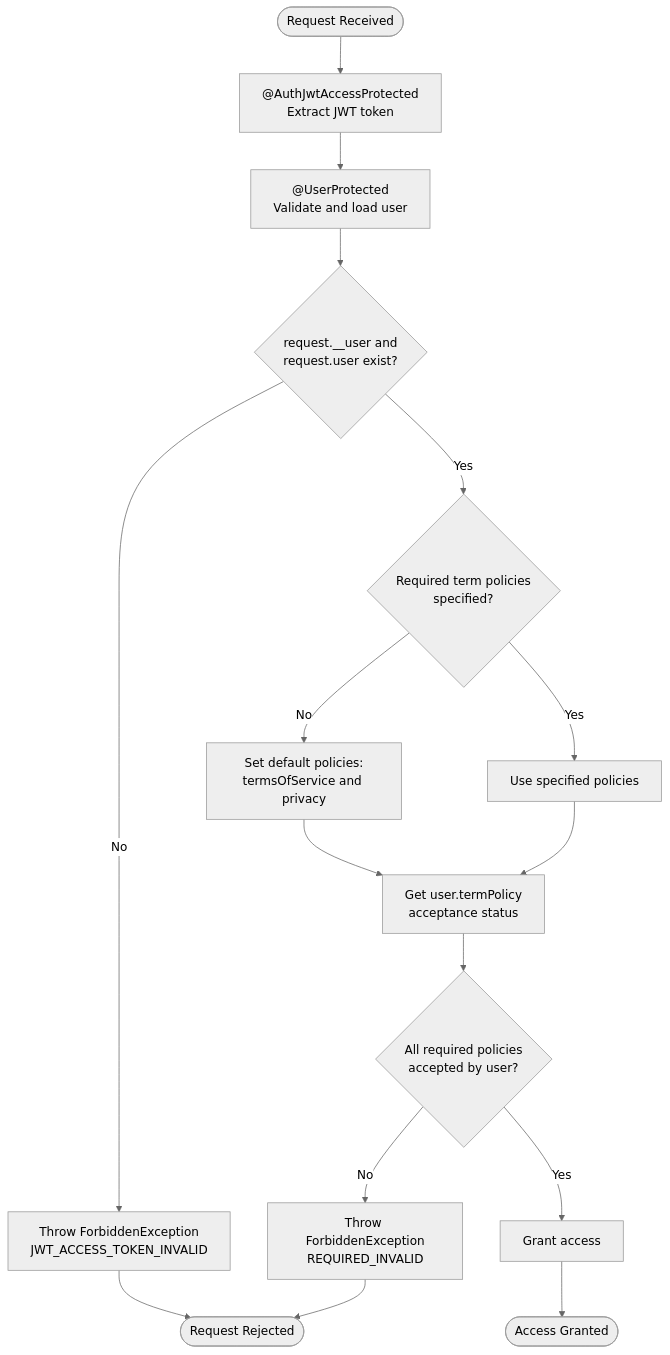
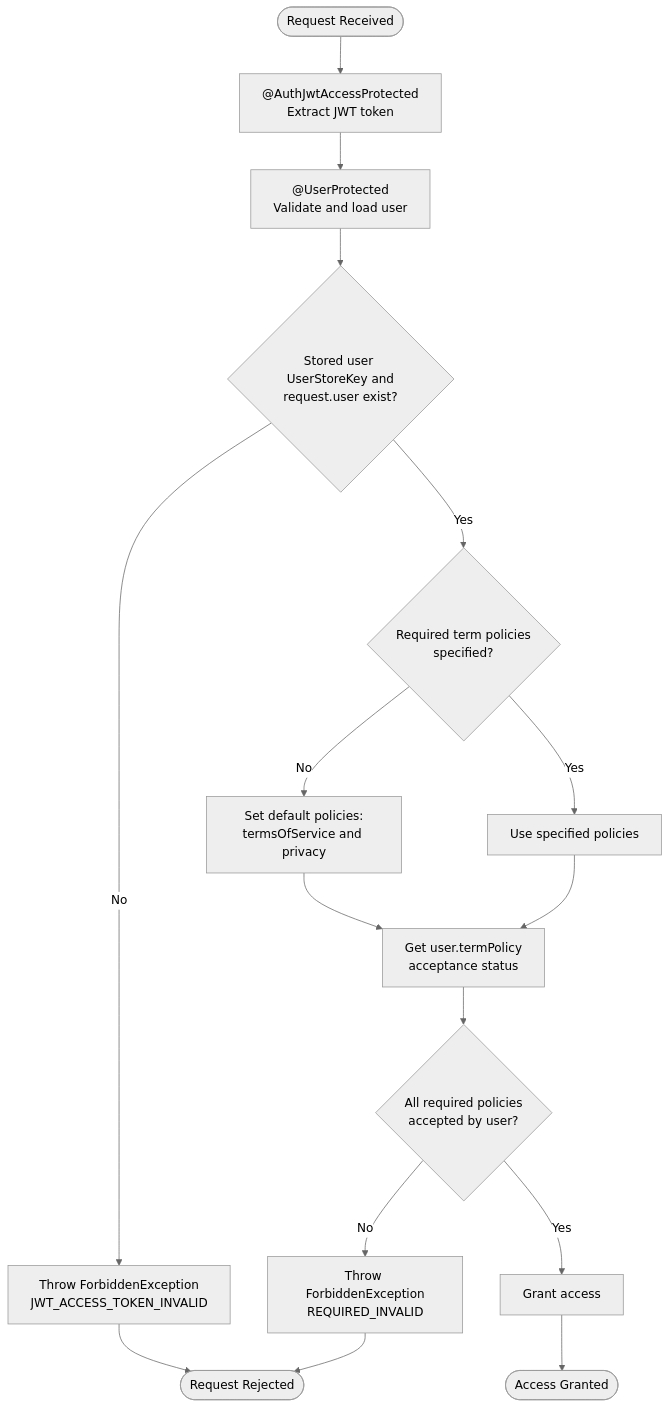
Before and after one commit to andrechristikan/ack-nestjs-boilerplate: the fourth of 5 diagrams in docs/authorization.md, drawn with Mermaid (neutral theme). The commit also changed other lines of this file and 12 other files, not shown here.

````diff
--- a/docs/authorization.md
+++ b/docs/authorization.md
@@ -496,25 +496,25 @@
 ```mermaid
 flowchart TD
     Start([Request Received]) --> JwtGuard[ @AuthJwtAccessProtected<br/>Extract JWT token]
     JwtGuard --> UserGuard[ @UserProtected<br/>Validate and load user]
-    UserGuard --> CheckUser{request.__user and<br/>request.user exist?}
+    UserGuard --> CheckUser{Stored user UserStoreKey and<br/>request.user exist?}
     
     CheckUser -->|No| ErrorUser[Throw ForbiddenException<br/>JWT_ACCESS_TOKEN_INVALID]
     CheckUser -->|Yes| CheckRequired{Required term policies<br/>specified?}
     
     CheckRequired -->|No| SetDefault[Set default policies:<br/>termsOfService and privacy]
     CheckRequired -->|Yes| UseSpecified[Use specified policies]
     
     SetDefault --> GetTermPolicy[Get user.termPolicy<br/>acceptance status]
     UseSpecified --> GetTermPolicy
     
     GetTermPolicy --> CheckAcceptance{All required policies<br/>accepted by user?}
     
     CheckAcceptance -->|No| ErrorRequired[Throw ForbiddenException<br/>REQUIRED_INVALID]
     CheckAcceptance -->|Yes| GrantAccess[Grant access]
     
     GrantAccess --> Success([Access Granted])
     
     ErrorUser --> End([Request Rejected])
     ErrorRequired --> End
 ```
````
